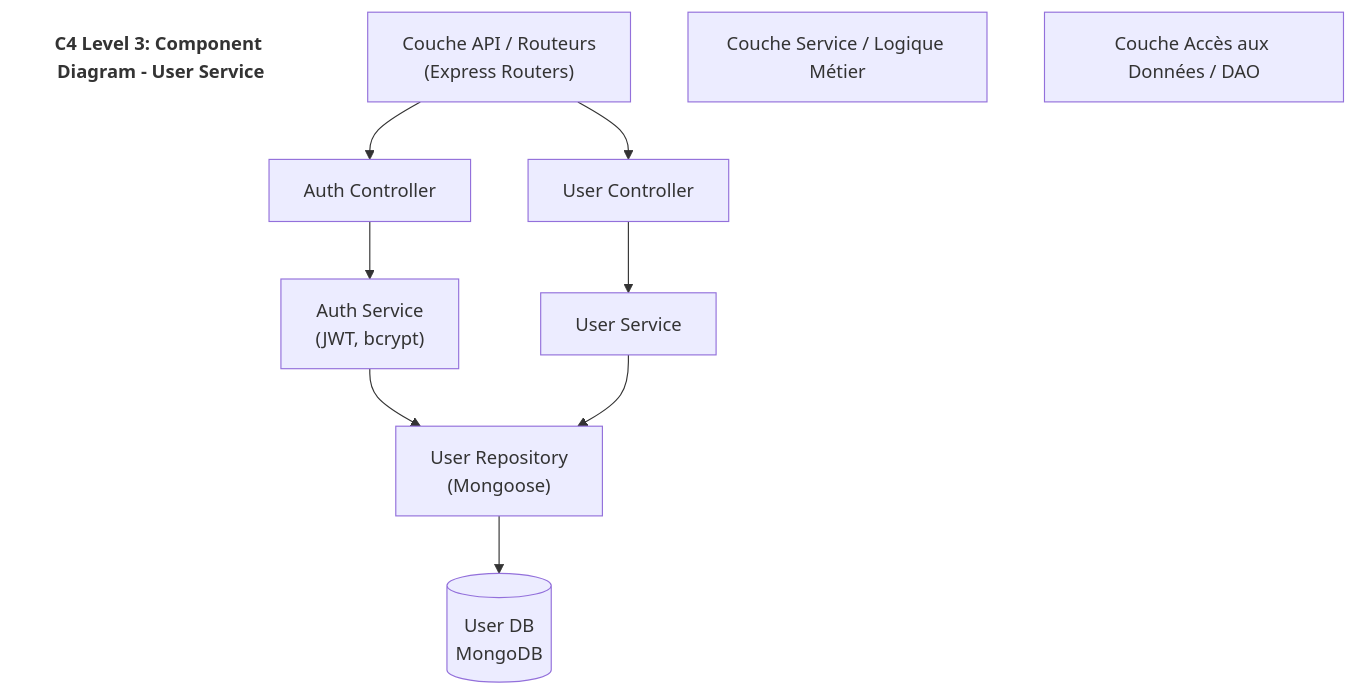
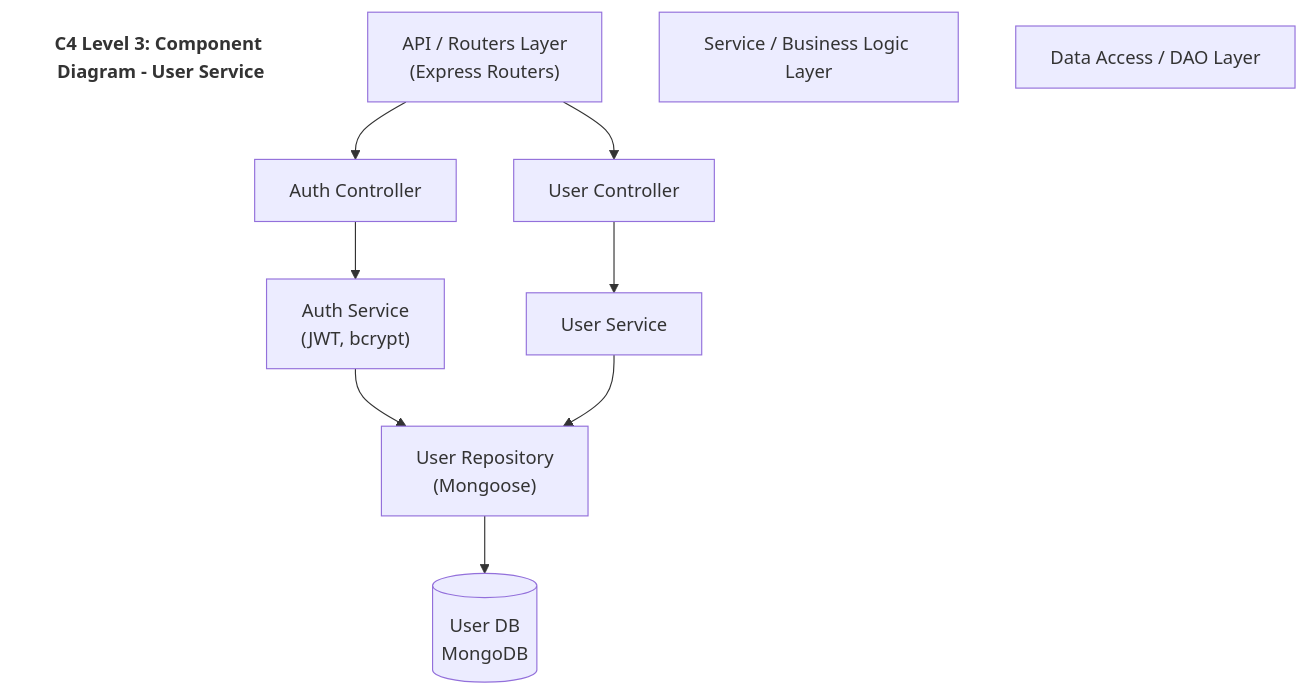
One commit to Sen-Se1/elearning-microservice-platform changed the fourth of 10 diagrams in architecture.md. Above: the diagram before and after it, drawn with Mermaid. The commit also changed other lines of this file, not shown here.

Commit message:
docs: localize architecture terminology to English and refine Use Case diagrams

````diff
--- a/architecture.md
+++ b/architecture.md
@@ -118,27 +118,27 @@
 ```mermaid
 flowchart TD
     title["C4 Level 3: Component Diagram - User Service"]
     style title fill:none,stroke:none,font-weight:bold,font-size:16px
 
-    API["Couche API / Routeurs<br/>(Express Routers)"]
+    API["API / Routers Layer<br/>(Express Routers)"]
     AuthCtrl["Auth Controller"]
     UserCtrl["User Controller"]
     
-    ServiceLayer["Couche Service / Logique Métier"]
+    ServiceLayer["Service / Business Logic Layer"]
     AuthLogic["Auth Service<br/>(JWT, bcrypt)"]
     UserLogic["User Service"]
     
-    DAOLayer["Couche Accès aux Données / DAO"]
+    DAOLayer["Data Access / DAO Layer"]
     UserRepo["User Repository<br/>(Mongoose)"]
 
     DB[("User DB<br/>MongoDB")]
 
     API --> AuthCtrl & UserCtrl
     AuthCtrl --> AuthLogic
     UserCtrl --> UserLogic
     
     AuthLogic --> UserRepo
     UserLogic --> UserRepo
     
     UserRepo --> DB
 ```
````
